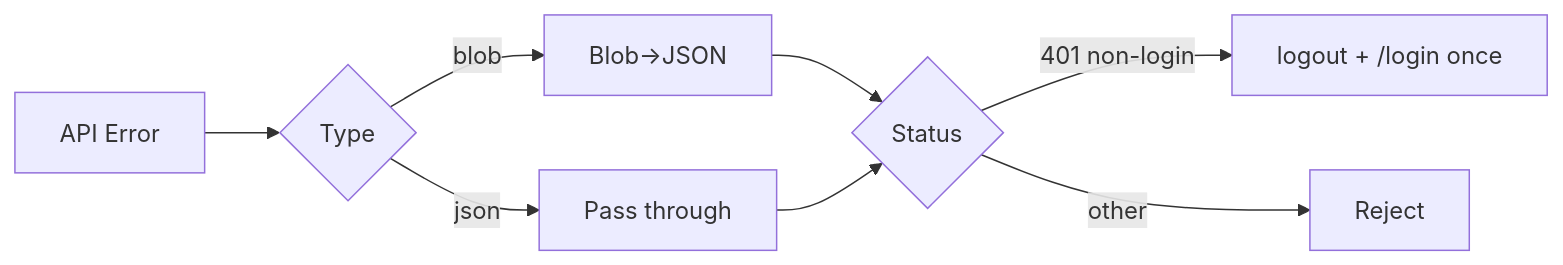
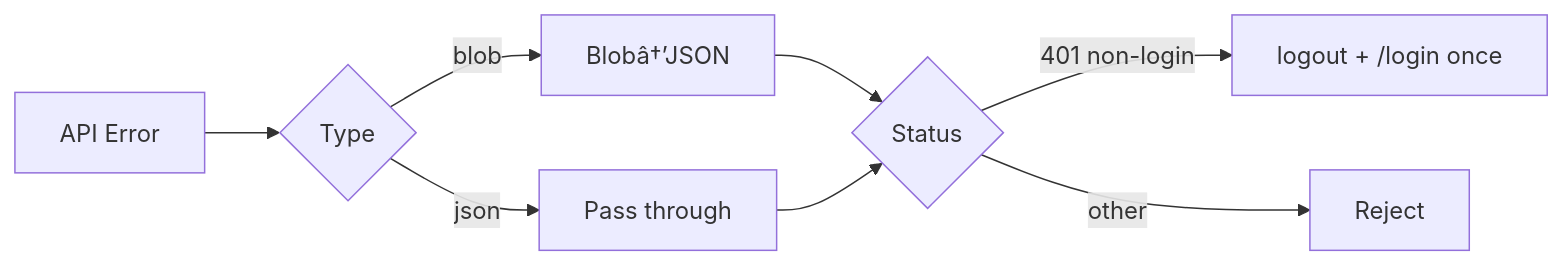
One commit to haidonglethqb/CloudSchool changed the diagram in docs/system/frontend/api-client.md. Above: the diagram before and after it, drawn with Mermaid. The commit also changed other lines of this file and 39 other files, not shown here.

````diff
--- a/docs/system/frontend/api-client.md
+++ b/docs/system/frontend/api-client.md
@@ -66,10 +66,10 @@
 ```mermaid
 flowchart LR
     A[API Error] --> B{Type}
-    B -->|blob| C[Blob→JSON]
+    B -->|blob| C[Blobâ†’JSON]
     B -->|json| D[Pass through]
     C --> E{Status}
     D --> E
     E -->|401 non-login| F[logout + /login once]
     E -->|other| G[Reject]
 ```
````
